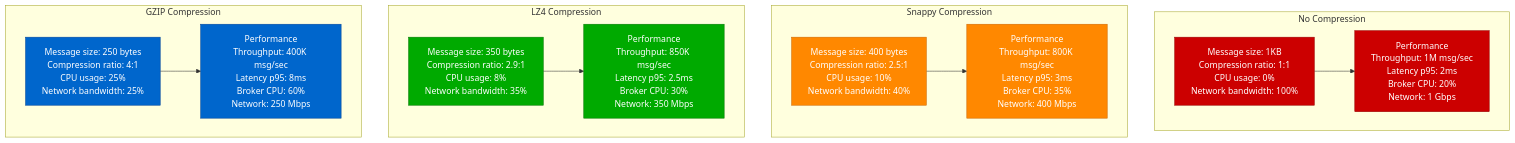
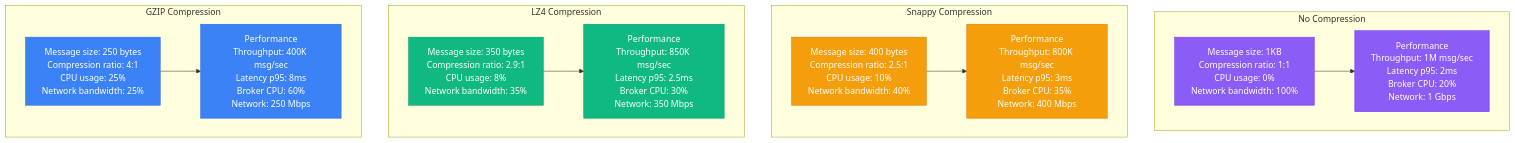
Before and after one commit to deepaucksharma/DS: the eighth of 13 diagrams in site/docs/performance/kafka-performance-profile.md, drawn with Mermaid. The commit also changed other lines of this file and 303 other files, not shown here.

````diff
--- a/site/docs/performance/kafka-performance-profile.md
+++ b/site/docs/performance/kafka-performance-profile.md
@@ -292,44 +292,44 @@
 ```mermaid
 graph TB
     subgraph "No Compression"
         NONE1[Message size: 1KB<br/>Compression ratio: 1:1<br/>CPU usage: 0%<br/>Network bandwidth: 100%]
 
         NONE2[Performance<br/>Throughput: 1M msg/sec<br/>Latency p95: 2ms<br/>Broker CPU: 20%<br/>Network: 1 Gbps]
 
         NONE1 --> NONE2
     end
 
     subgraph "Snappy Compression"
         SNAPPY1[Message size: 400 bytes<br/>Compression ratio: 2.5:1<br/>CPU usage: 10%<br/>Network bandwidth: 40%]
 
         SNAPPY2[Performance<br/>Throughput: 800K msg/sec<br/>Latency p95: 3ms<br/>Broker CPU: 35%<br/>Network: 400 Mbps]
 
         SNAPPY1 --> SNAPPY2
     end
 
     subgraph "LZ4 Compression"
         LZ4_1[Message size: 350 bytes<br/>Compression ratio: 2.9:1<br/>CPU usage: 8%<br/>Network bandwidth: 35%]
 
         LZ4_2[Performance<br/>Throughput: 850K msg/sec<br/>Latency p95: 2.5ms<br/>Broker CPU: 30%<br/>Network: 350 Mbps]
 
         LZ4_1 --> LZ4_2
     end
 
     subgraph "GZIP Compression"
         GZIP1[Message size: 250 bytes<br/>Compression ratio: 4:1<br/>CPU usage: 25%<br/>Network bandwidth: 25%]
 
         GZIP2[Performance<br/>Throughput: 400K msg/sec<br/>Latency p95: 8ms<br/>Broker CPU: 60%<br/>Network: 250 Mbps]
 
         GZIP1 --> GZIP2
     end
 
-    classDef noneStyle fill:#CC0000,stroke:#990000,color:#fff
-    classDef snappyStyle fill:#FF8800,stroke:#CC6600,color:#fff
-    classDef lz4Style fill:#00AA00,stroke:#007700,color:#fff
-    classDef gzipStyle fill:#0066CC,stroke:#004499,color:#fff
+    classDef noneStyle fill:#8B5CF6,stroke:#7C3AED,color:#fff
+    classDef snappyStyle fill:#F59E0B,stroke:#D97706,color:#fff
+    classDef lz4Style fill:#10B981,stroke:#059669,color:#fff
+    classDef gzipStyle fill:#3B82F6,stroke:#2563EB,color:#fff
 
     class NONE1,NONE2 noneStyle
     class SNAPPY1,SNAPPY2 snappyStyle
     class LZ4_1,LZ4_2 lz4Style
     class GZIP1,GZIP2 gzipStyle
 ```
````
